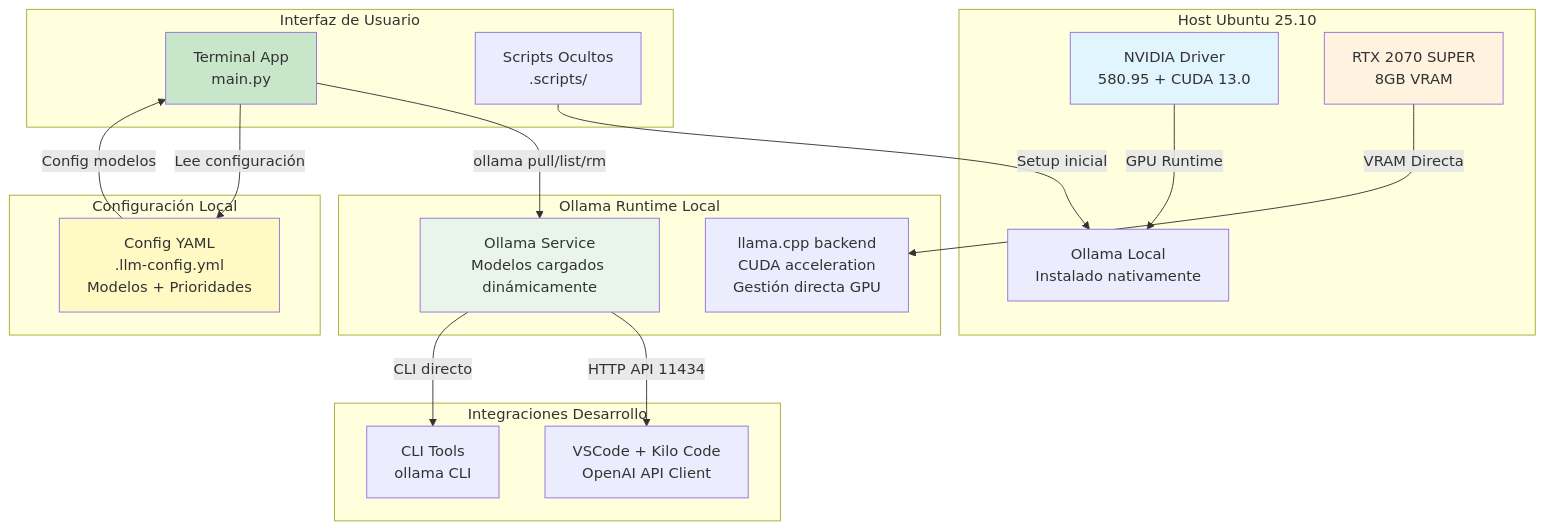
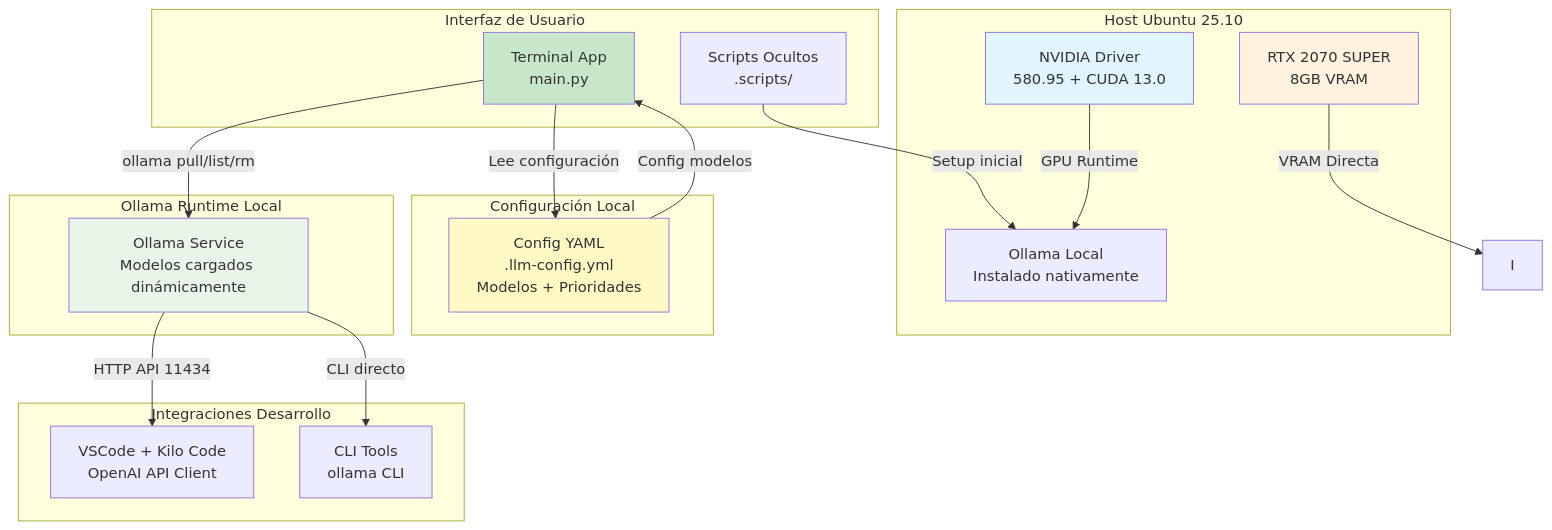
The diagram in specs/architecture.md (luisli88/local-llm-prompt), drawn with Mermaid before and after one commit. The commit also changed 10 other files, not shown here.

````diff
--- a/specs/architecture.md
+++ b/specs/architecture.md
@@ -3,42 +3,41 @@
 ```mermaid
 graph TB
     subgraph "Host Ubuntu 25.10"
         A[NVIDIA Driver<br/>580.95 + CUDA 13.0]
         B[Ollama Local<br/>Instalado nativamente]
         C[RTX 2070 SUPER<br/>8GB VRAM]
     end
 
     subgraph "Interfaz de Usuario"
         D[Terminal App<br/>main.py]
         E[Scripts Ocultos<br/>.scripts/]
     end
 
     subgraph "Configuración Local"
         L[Config YAML<br/>.llm-config.yml<br/>Modelos + Prioridades]
     end
 
     subgraph "Ollama Runtime Local"
         F["Ollama Service<br/>Modelos cargados dinámicamente"]
-        I[llama.cpp backend<br/>CUDA acceleration<br/>Gestión directa GPU]
     end
 
     subgraph "Integraciones Desarrollo"
         J[VSCode + Kilo Code<br/>OpenAI API Client]
         K[CLI Tools<br/>ollama CLI]
     end
 
     D -->|ollama pull/list/rm| F
     D -->|Lee configuración| L
     E -->|Setup inicial| B
     A -->|GPU Runtime| B
     C -->|VRAM Directa| I
     L -->|Config modelos| D
     F -->|HTTP API 11434| J
     F -->|CLI directo| K
 
     style A fill:#e1f5fe
     style C fill:#fff3e0
     style D fill:#c8e6c9
     style L fill:#fff9c4
     style F fill:#e8f5e8
 ```
````
